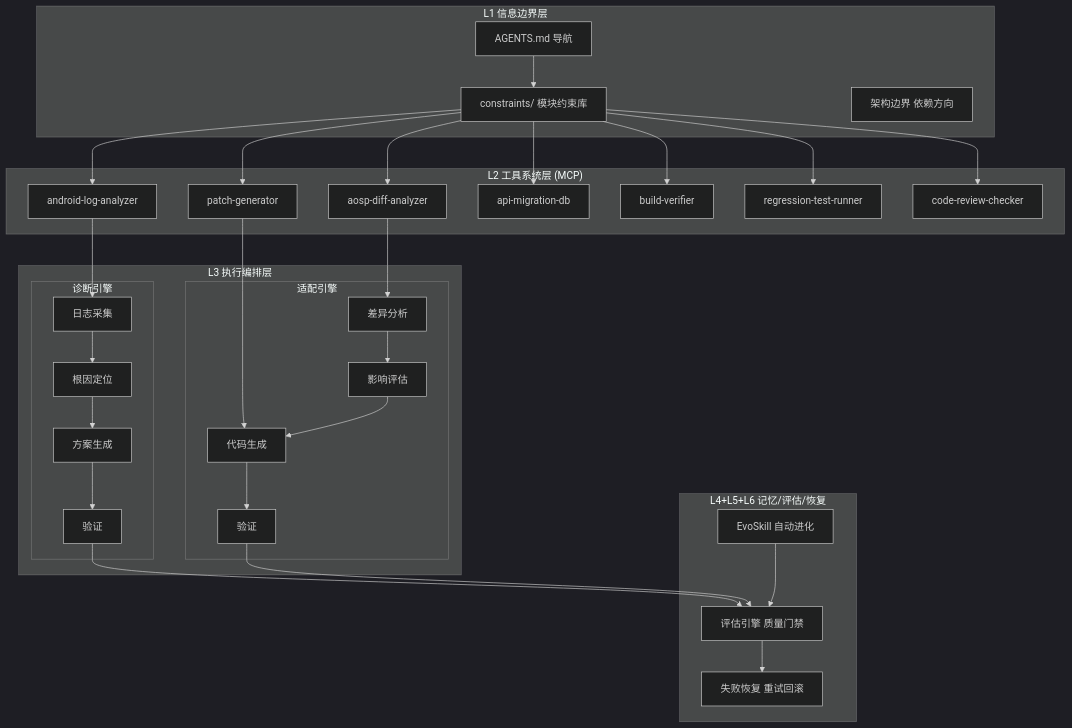
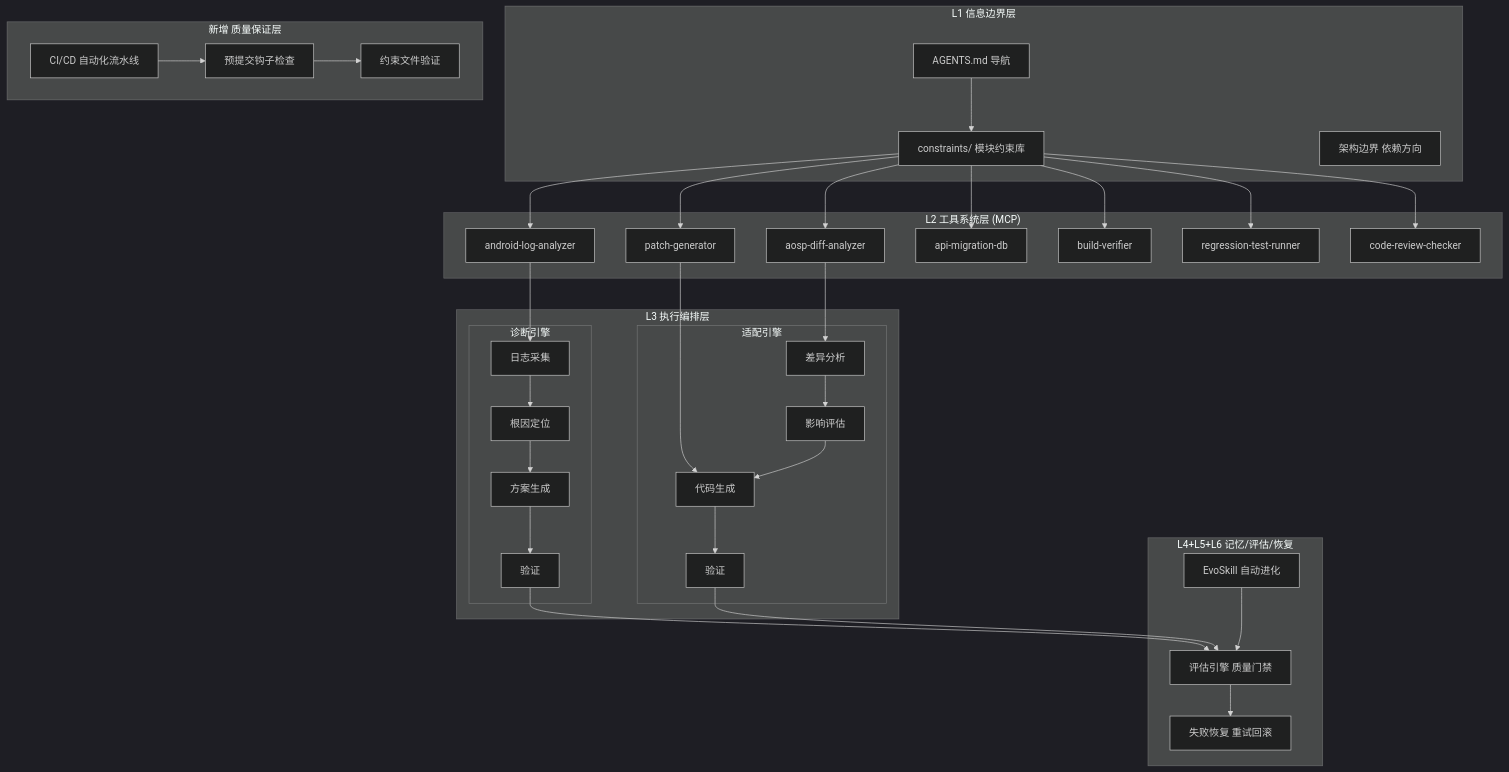
Before and after one commit to afcartevil/automated-test-script: the second of 12 diagrams in .qoder/repowiki/zh/content/开发者指南.md, drawn with Mermaid (dark theme). The commit also changed other lines of this file and 12 other files, not shown here.

````diff
--- a/.qoder/repowiki/zh/content/开发者指南.md
+++ b/.qoder/repowiki/zh/content/开发者指南.md
@@ -84,56 +114,62 @@
 ```mermaid
 graph TB
 subgraph "L1 信息边界层"
 A1["AGENTS.md 导航"]
 A2["constraints/ 模块约束库"]
 A3["架构边界 依赖方向"]
 end
 subgraph "L2 工具系统层 (MCP)"
 T1["android-log-analyzer"]
 T2["aosp-diff-analyzer"]
 T3["patch-generator"]
 T4["api-migration-db"]
 T5["build-verifier"]
 T6["regression-test-runner"]
 T7["code-review-checker"]
 end
 subgraph "L3 执行编排层"
 subgraph "诊断引擎"
 D1["日志采集"]
 D2["根因定位"]
 D3["方案生成"]
 D4["验证"]
 end
 subgraph "适配引擎"
 E1["差异分析"]
 E2["影响评估"]
 E3["代码生成"]
 E4["验证"]
 end
 end
 subgraph "L4+L5+L6 记忆/评估/恢复"
 F1["EvoSkill 自动进化"]
 F2["评估引擎 质量门禁"]
 F3["失败恢复 重试回滚"]
 end
+subgraph "新增 质量保证层"
+G1["CI/CD 自动化流水线"]
+G2["预提交钩子检查"]
+G3["约束文件验证"]
+end
 A1 --> A2 --> T1
 A2 --> T2
 A2 --> T3
 A2 --> T4
 A2 --> T5
 A2 --> T6
 A2 --> T7
 T1 --> D1
 T2 --> E1
 T3 --> E3
 D1 --> D2
 D2 --> D3
 D3 --> D4
 E1 --> E2
 E2 --> E3
 E3 --> E4
 D4 --> F2
 E4 --> F2
 F1 --> F2
 F2 --> F3
+G1 --> G2 --> G3
 ```
````
